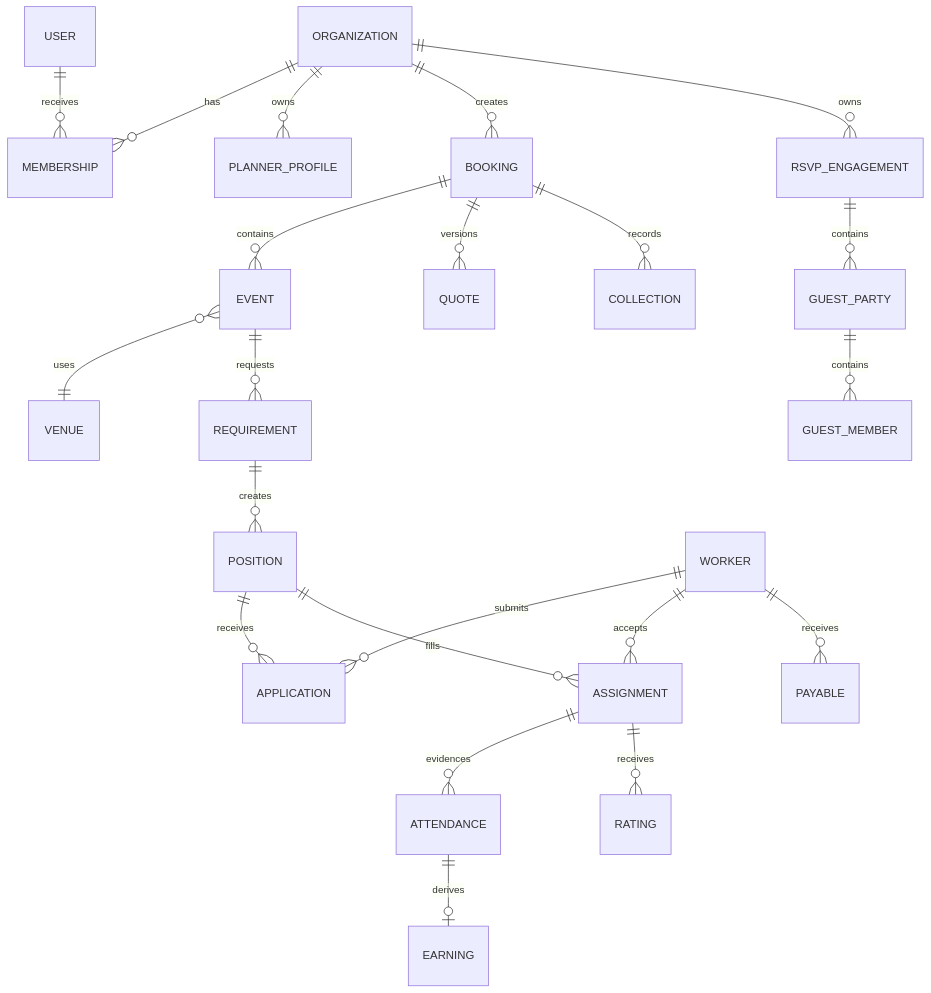
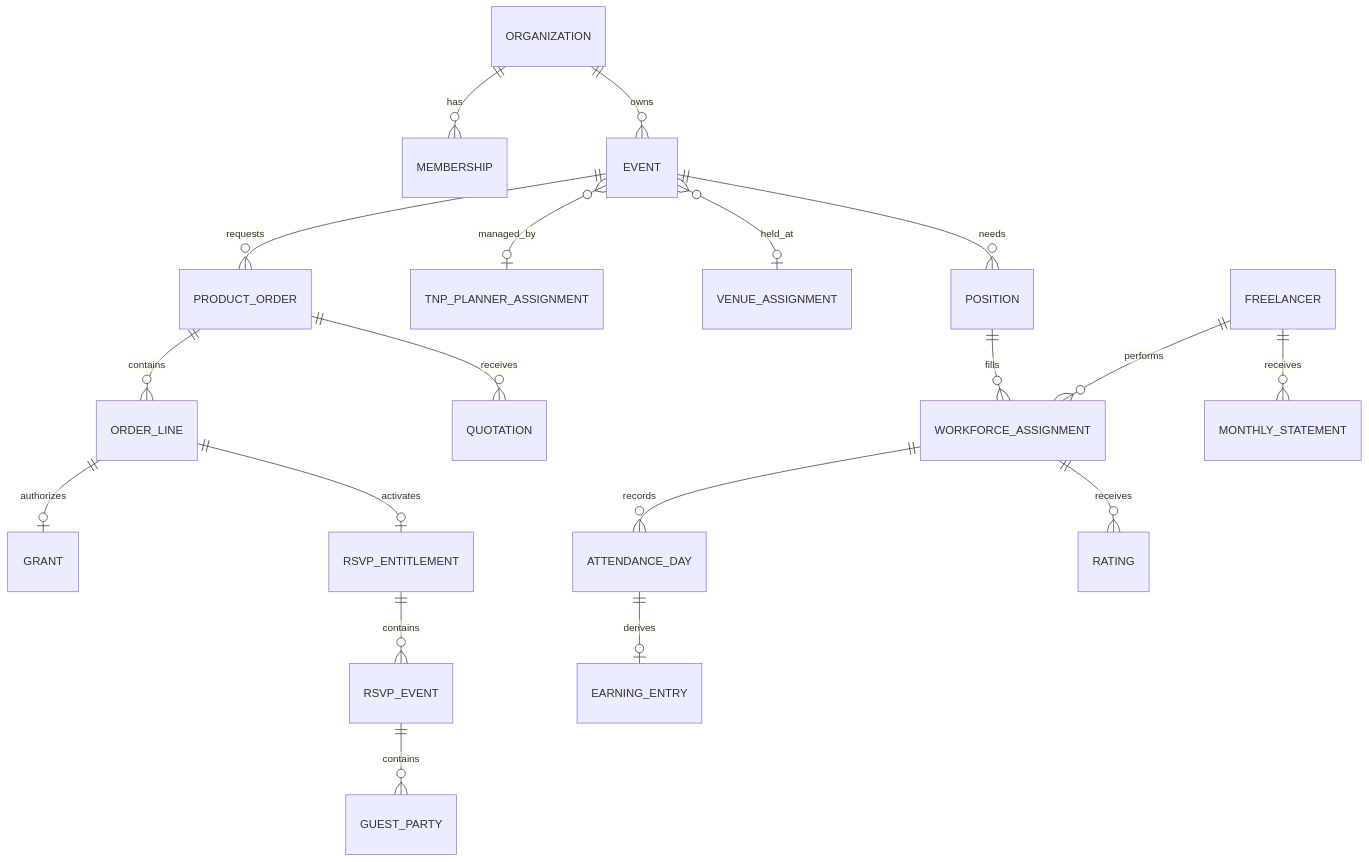
Before and after one commit to tejas104/TNP-Hospitality: diagram 12 of 12 in docs/PLATFORM-USAGE-WORKFLOW-BLUEPRINT.md, drawn with Mermaid. The commit also changed other lines of this file and 10 other files, not shown here.

Commit message:
docs: correct TNP product and operating model

````diff
--- a/docs/PLATFORM-USAGE-WORKFLOW-BLUEPRINT.md
+++ b/docs/PLATFORM-USAGE-WORKFLOW-BLUEPRINT.md
@@ -351,24 +361,21 @@
 ```mermaid
 erDiagram
     ORGANIZATION ||--o{ MEMBERSHIP : has
-    USER ||--o{ MEMBERSHIP : receives
-    ORGANIZATION ||--o{ PLANNER_PROFILE : owns
-    ORGANIZATION ||--o{ BOOKING : creates
-    BOOKING ||--o{ EVENT : contains
-    EVENT }o--|| VENUE : uses
-    EVENT ||--o{ REQUIREMENT : requests
-    REQUIREMENT ||--o{ POSITION : creates
-    WORKER ||--o{ APPLICATION : submits
-    POSITION ||--o{ APPLICATION : receives
-    POSITION ||--o{ ASSIGNMENT : fills
-    WORKER ||--o{ ASSIGNMENT : accepts
-    ASSIGNMENT ||--o{ ATTENDANCE : evidences
-    ASSIGNMENT ||--o{ RATING : receives
-    ATTENDANCE ||--o| EARNING : derives
-    WORKER ||--o{ PAYABLE : receives
-    BOOKING ||--o{ QUOTE : versions
-    BOOKING ||--o{ COLLECTION : records
-    ORGANIZATION ||--o{ RSVP_ENGAGEMENT : owns
-    RSVP_ENGAGEMENT ||--o{ GUEST_PARTY : contains
-    GUEST_PARTY ||--o{ GUEST_MEMBER : contains
+    ORGANIZATION ||--o{ EVENT : owns
+    EVENT ||--o{ PRODUCT_ORDER : requests
+    PRODUCT_ORDER ||--o{ ORDER_LINE : contains
+    PRODUCT_ORDER ||--o{ QUOTATION : receives
+    ORDER_LINE ||--o| GRANT : authorizes
+    EVENT }o--o| TNP_PLANNER_ASSIGNMENT : managed_by
+    EVENT }o--o| VENUE_ASSIGNMENT : held_at
+    EVENT ||--o{ POSITION : needs
+    POSITION ||--o{ WORKFORCE_ASSIGNMENT : fills
+    FREELANCER ||--o{ WORKFORCE_ASSIGNMENT : performs
+    WORKFORCE_ASSIGNMENT ||--o{ ATTENDANCE_DAY : records
+    WORKFORCE_ASSIGNMENT ||--o{ RATING : receives
+    ATTENDANCE_DAY ||--o| EARNING_ENTRY : derives
+    FREELANCER ||--o{ MONTHLY_STATEMENT : receives
+    ORDER_LINE ||--o| RSVP_ENTITLEMENT : activates
+    RSVP_ENTITLEMENT ||--o{ RSVP_EVENT : contains
+    RSVP_EVENT ||--o{ GUEST_PARTY : contains
 ```
````
